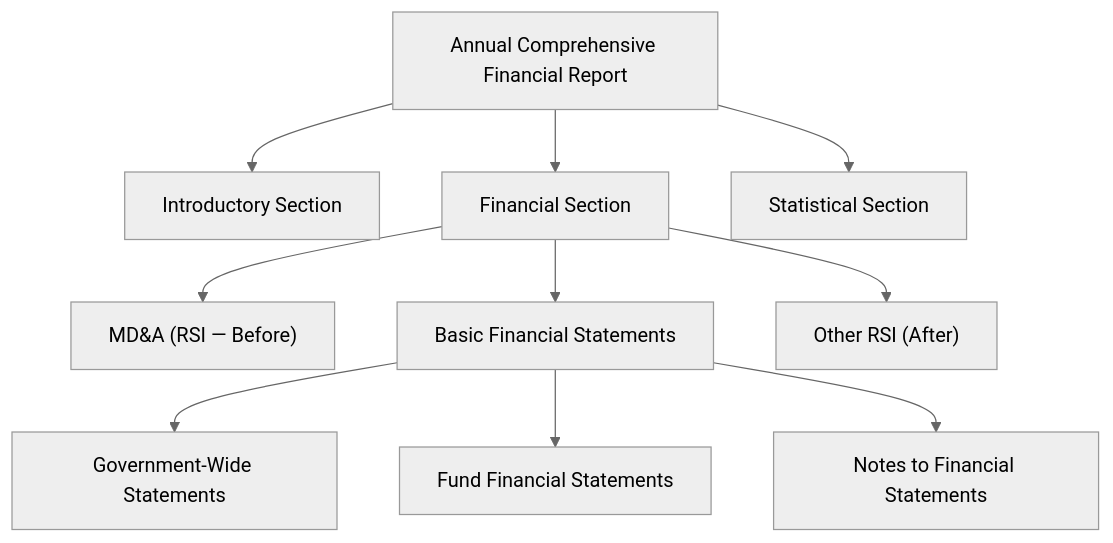
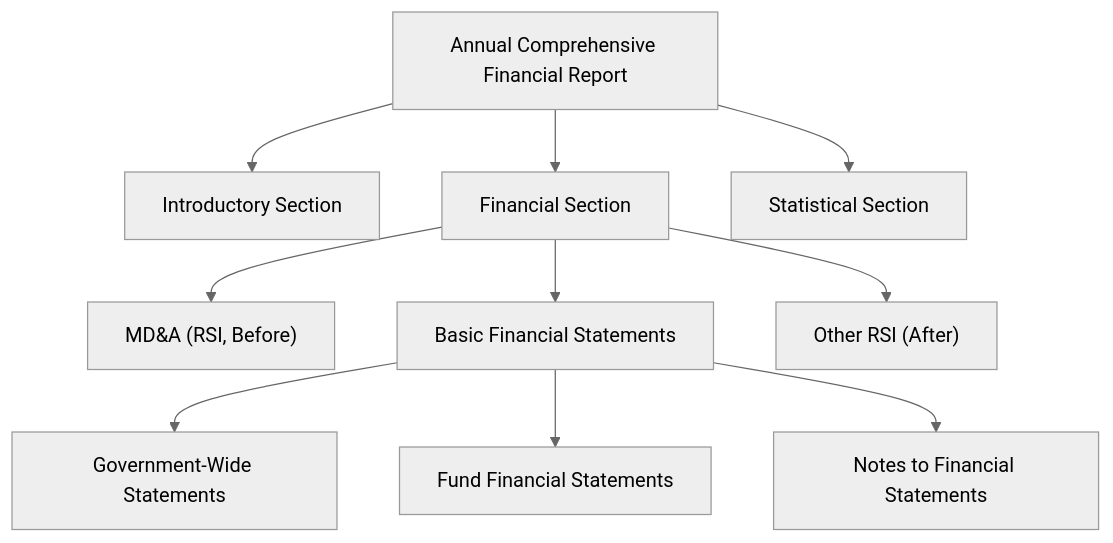
One commit to subwaymatch/cpabear-book changed the diagram in docs/bar/governmental-financial-statements/managements-discussion-and-analysis.md. Above: the diagram before and after it, drawn with Mermaid (neutral theme). The commit also changed other lines of this file and 222 other files, not shown here.

````diff
--- a/docs/bar/governmental-financial-statements/managements-discussion-and-analysis.md
+++ b/docs/bar/governmental-financial-statements/managements-discussion-and-analysis.md
@@ -40,12 +40,12 @@
 ```mermaid
 flowchart TD
     A[Annual Comprehensive Financial Report] --> B[Introductory Section]
     A --> C[Financial Section]
     A --> D[Statistical Section]
-    C --> E["MD&A (RSI — Before)"]
+    C --> E["MD&A (RSI, Before)"]
     C --> F[Basic Financial Statements]
     C --> G["Other RSI (After)"]
     F --> H[Government-Wide Statements]
     F --> I[Fund Financial Statements]
     F --> J[Notes to Financial Statements]
 ```
````
